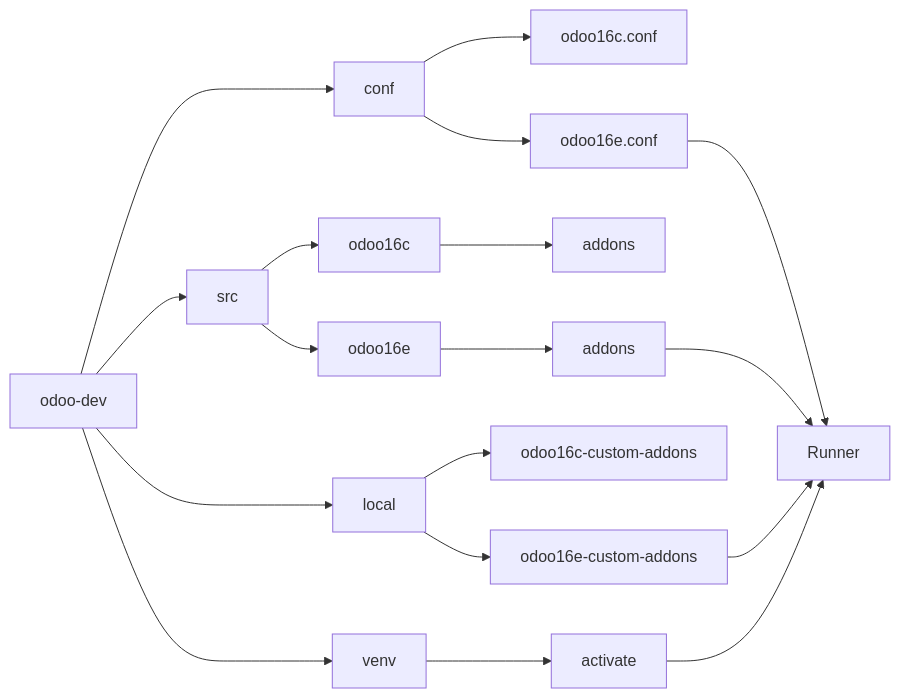
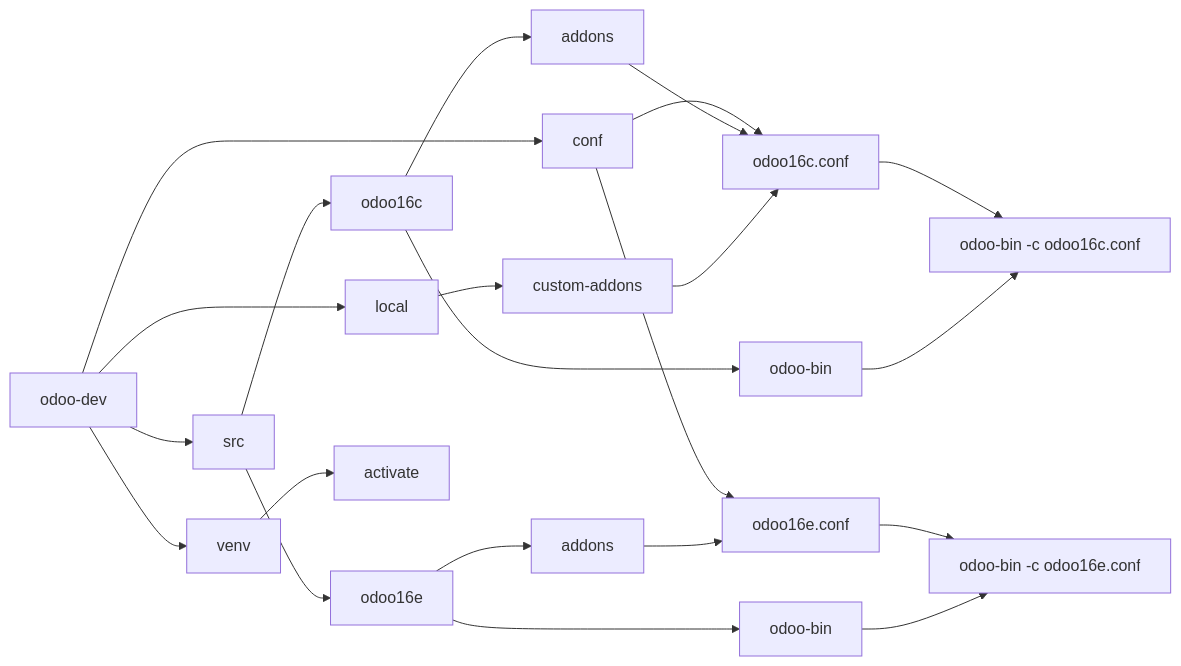
Before and after one commit to Multi-Academy/odoo-development-tutorials: the third of 3 diagrams in docs/install_odoo.md, drawn with Mermaid. The commit also changed other lines of this file and 1 other file, not shown here.

Commit message:
update flowchart

````diff
--- a/docs/install_odoo.md
+++ b/docs/install_odoo.md
@@ -36,25 +60,30 @@
     ``` mermaid
     graph LR
     A[odoo-dev] --> B[conf];
     A --> C[src];
     A --> D[local];
     A --> E[venv];
 
-    B --> F[odoo16c.conf]
-    B --> G[odoo16e.conf]
+    B --> L[odoo16c.conf]
+    B --> M[odoo16e.conf]
 
-    C --> J[odoo16c]
-    J --> K[addons]
-    C --> L[odoo16e]
-    L --> M[addons]
+    C --> F[odoo16c]
+    F --> G[odoo-bin]
+    F --> H[addons]
 
-    D --> N[odoo16c-custom-addons]
-    D --> O[odoo16e-custom-addons]
+    C --> I[odoo16e]
+    I --> J[odoo-bin]
+    I --> K[addons]
 
-    E --> P[activate] 
+    D --> O[custom-addons]
+    E --> P[activate]
 
-    P --> R[Runner]
-    M --> R
-    O --> R
-    G --> R
+    L --> Q[odoo-bin -c odoo16c.conf]
+    G --> Q
+    H --> L
+    O --> L
+
+    M --> R[odoo-bin -c odoo16e.conf]
+    J --> R
+    K --> M
     ```
````
